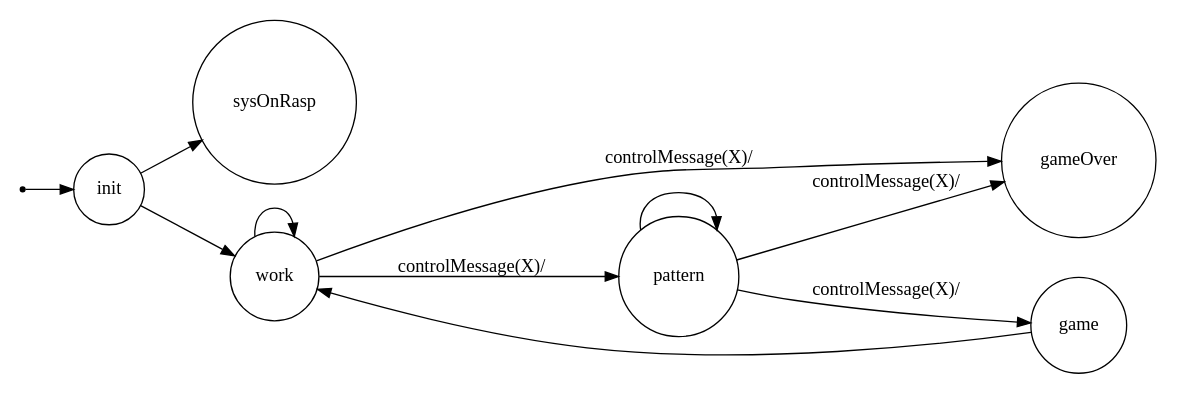
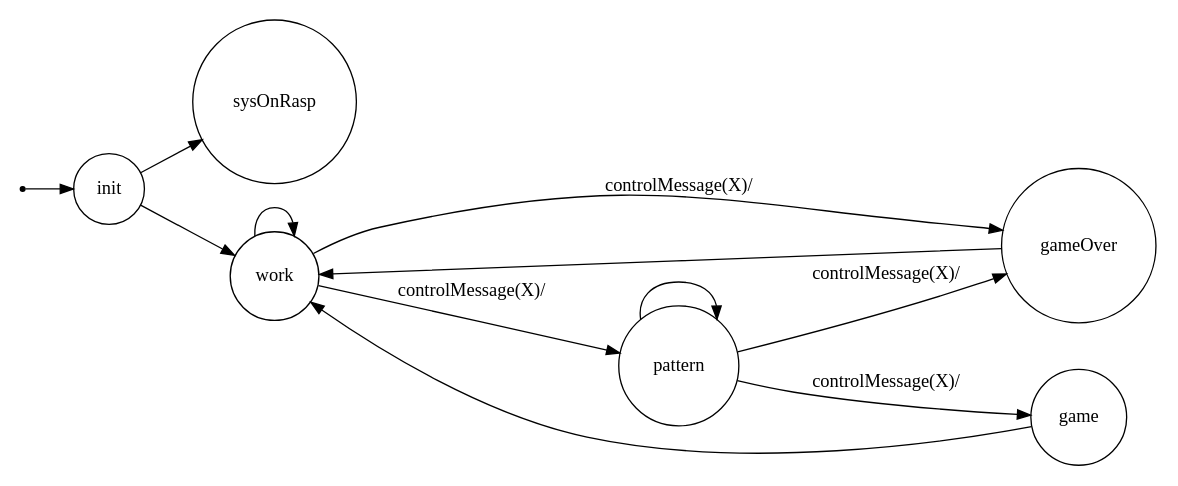
One commit to Mikelainz/ISS changed the diagram in it.unibo.game.step2/src/dist/srcMore/it/unibo/myled/dotFsm.gv. Above: the diagram before and after it, drawn with Graphviz. The commit also changed 362 other files, not shown here.

```diff
--- a/it.unibo.game.step2/src/dist/srcMore/it/unibo/myled/dotFsm.gv
+++ b/it.unibo.game.step2/src/dist/srcMore/it/unibo/myled/dotFsm.gv
@@ -1,31 +1,33 @@
 /*
 *
 * A GraphViz DOT FSM description 
 * Please use a GraphViz visualizer (like http://www.webgraphviz.com)
 * 
 * Generated by AM,NC,RM
 *  
 */
  
 digraph finite_state_machine {
   	rankdir=LR;
   	size="8,5"
   	node [shape = point]; iniziale;
   	node [shape = doublecircle]; 
   	node [shape = circle];
   	iniziale -> init [label = ""];
   	
   	
   	init -> sysOnRasp [ label = ""];
   	init -> work [ label = ""];
   	
   	work -> work [ label = ""];
   	work -> pattern [ label = "controlMessage(X)/"];
   	work -> gameOver [ label = "controlMessage(X)/"];
   	
   	pattern -> pattern [ label = ""];
   	pattern -> game [ label = "controlMessage(X)/"];
   	pattern -> gameOver [ label = "controlMessage(X)/"];
   	
   	game -> work [ label = ""];
+  	
+  	gameOver -> work [ label = ""];
 }
```
